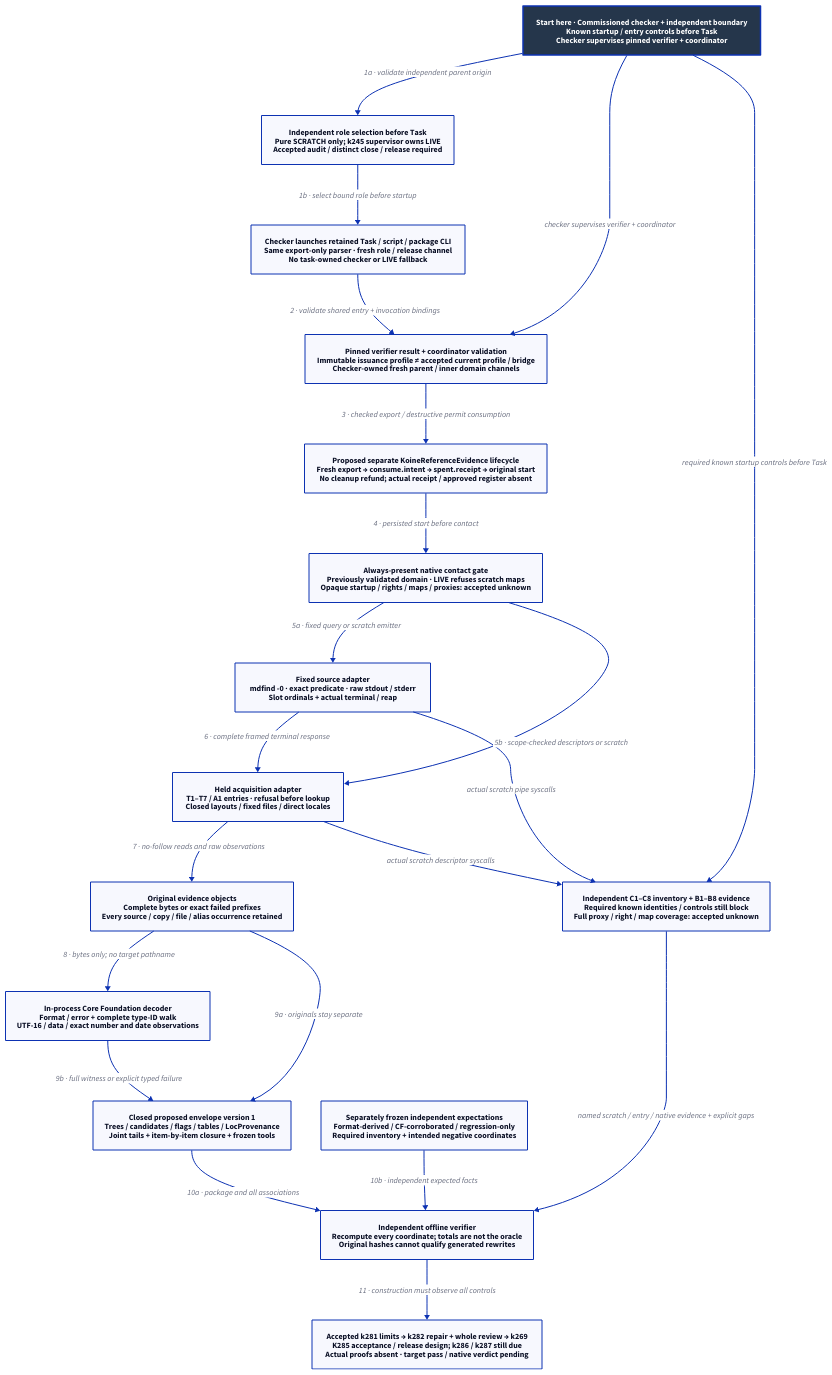
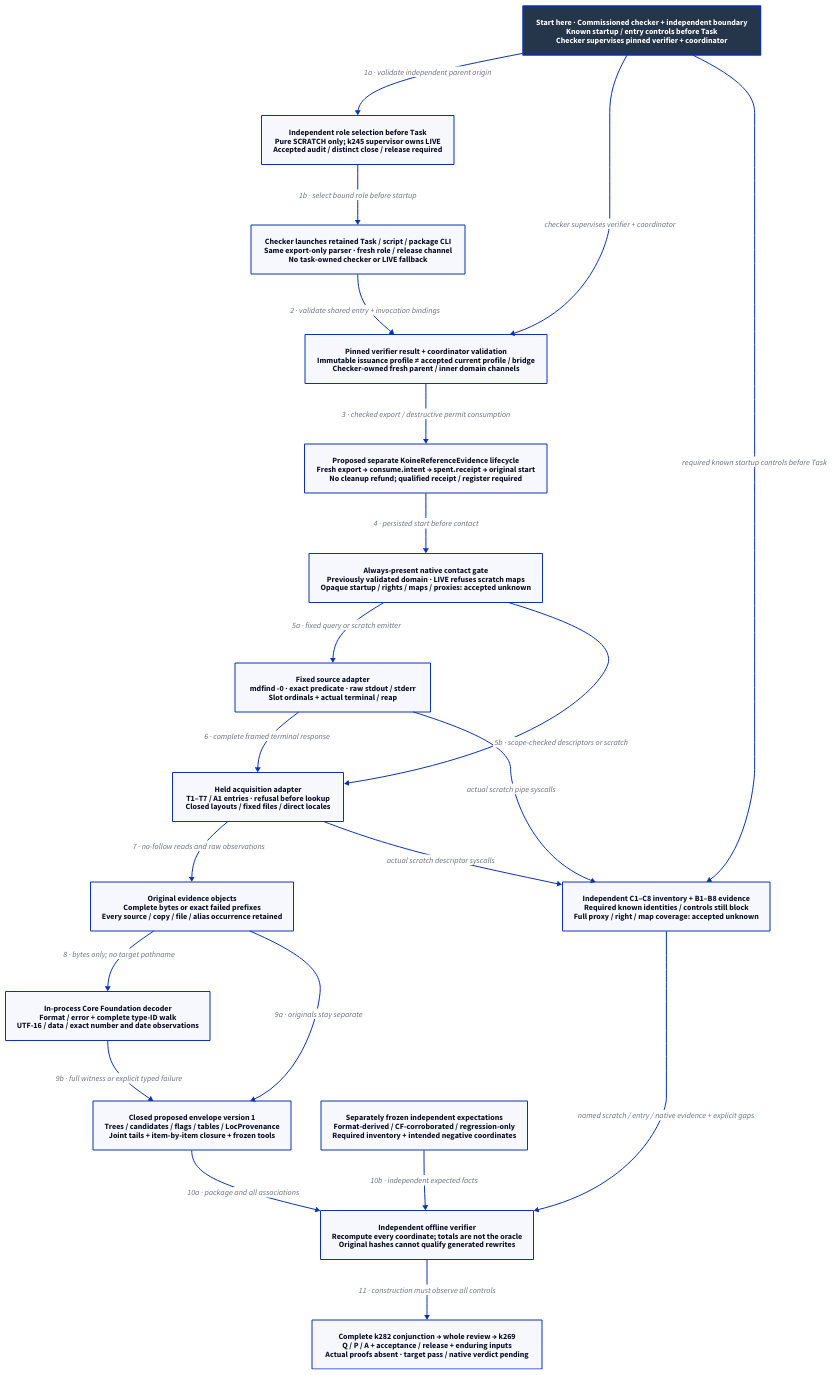
Before and after one commit to Linkuistics/Koine: the diagram in docs/design/architecture/native-reference-instrument.d2, drawn with D2. The commit also changed 51 other files, not shown here.

Commit message:
Reconcile complete reference admission design (reference-evidence-admission-completion-k287, reference-evidence-admission-completion-k282)

```diff
--- a/docs/design/architecture/native-reference-instrument.d2
+++ b/docs/design/architecture/native-reference-instrument.d2
@@ -1,40 +1,40 @@
 # Proposed evidence-tool components; none is implemented or qualified by this design.
 direction: down
 classes: {
   start: {style: {fill: "#25364B"; font-color: "#FFFFFF"; bold: true; stroke-width: 3}}
 }
 Start: "Start here · Commissioned checker + independent boundary\nKnown startup / entry controls before Task\nChecker supervises pinned verifier + coordinator" {class: start}
 Role: "Independent role selection before Task\nPure SCRATCH only; k245 supervisor owns LIVE\nAccepted audit / distinct close / release required"
 Task: "Checker launches retained Task / script / package CLI\nSame export-only parser · fresh role / release channel\nNo task-owned checker or LIVE fallback"
 Admission: "Pinned verifier result + coordinator validation\nImmutable issuance profile ≠ accepted current profile / bridge\nChecker-owned fresh parent / inner domain channels"
-Authority: "Proposed separate KoineReferenceEvidence lifecycle\nFresh export → consume.intent → spent.receipt → original start\nNo cleanup refund; actual receipt / approved register absent"
+Authority: "Proposed separate KoineReferenceEvidence lifecycle\nFresh export → consume.intent → spent.receipt → original start\nNo cleanup refund; qualified receipt / register required"
 Gate: "Always-present native contact gate\nPreviously validated domain · LIVE refuses scratch maps\nOpaque startup / rights / maps / proxies: accepted unknown"
 Source: "Fixed source adapter\nmdfind -0 · exact predicate · raw stdout / stderr\nSlot ordinals + actual terminal / reap"
 Held: "Held acquisition adapter\nT1–T7 / A1 entries · refusal before lookup\nClosed layouts / fixed files / direct locales"
 Objects: "Original evidence objects\nComplete bytes or exact failed prefixes\nEvery source / copy / file / alias occurrence retained"
 Decoder: "In-process Core Foundation decoder\nFormat / error + complete type-ID walk\nUTF-16 / data / exact number and date observations"
 Envelope: "Closed proposed envelope version 1\nTrees / candidates / flags / tables / LocProvenance\nJoint tails + item-by-item closure + frozen tools"
 Oracle: "Separately frozen independent expectations\nFormat-derived / CF-corroborated / regression-only\nRequired inventory + intended negative coordinates"
 Observer: "Independent C1–C8 inventory + B1–B8 evidence\nRequired known identities / controls still block\nFull proxy / right / map coverage: accepted unknown"
 Verifier: "Independent offline verifier\nRecompute every coordinate; totals are not the oracle\nOriginal hashes cannot qualify generated rewrites"
-Boundary: "Accepted k281 limits → k282 repair + whole review → k269\nK285 acceptance / release design; k286 / k287 still due\nActual proofs absent · target pass / native verdict pending"
+Boundary: "Complete k282 conjunction → whole review → k269\nQ / P / A + acceptance / release + enduring inputs\nActual proofs absent · target pass / native verdict pending"
 Start -> Role: "1a · validate independent parent origin"
 Role -> Task: "1b · select bound role before startup"
 Start -> Admission: "checker supervises verifier + coordinator"
 Start -> Observer: "required known startup controls before Task"
 Task -> Admission: "2 · validate shared entry + invocation bindings"
 Admission -> Authority: "3 · checked export / destructive permit consumption"
 Authority -> Gate: "4 · persisted start before contact"
 Gate -> Source: "5a · fixed query or scratch emitter"
 Gate -> Held: "5b · scope-checked descriptors or scratch"
 Source -> Held: "6 · complete framed terminal response"
 Held -> Objects: "7 · no-follow reads and raw observations"
 Objects -> Decoder: "8 · bytes only; no target pathname"
 Objects -> Envelope: "9a · originals stay separate"
 Decoder -> Envelope: "9b · full witness or explicit typed failure"
 Envelope -> Verifier: "10a · package and all associations"
 Oracle -> Verifier: "10b · independent expected facts"
 Source -> Observer: "actual scratch pipe syscalls"
 Held -> Observer: "actual scratch descriptor syscalls"
 Observer -> Verifier: "named scratch / entry / native evidence + explicit gaps"
 Verifier -> Boundary: "11 · construction must observe all controls"
```
